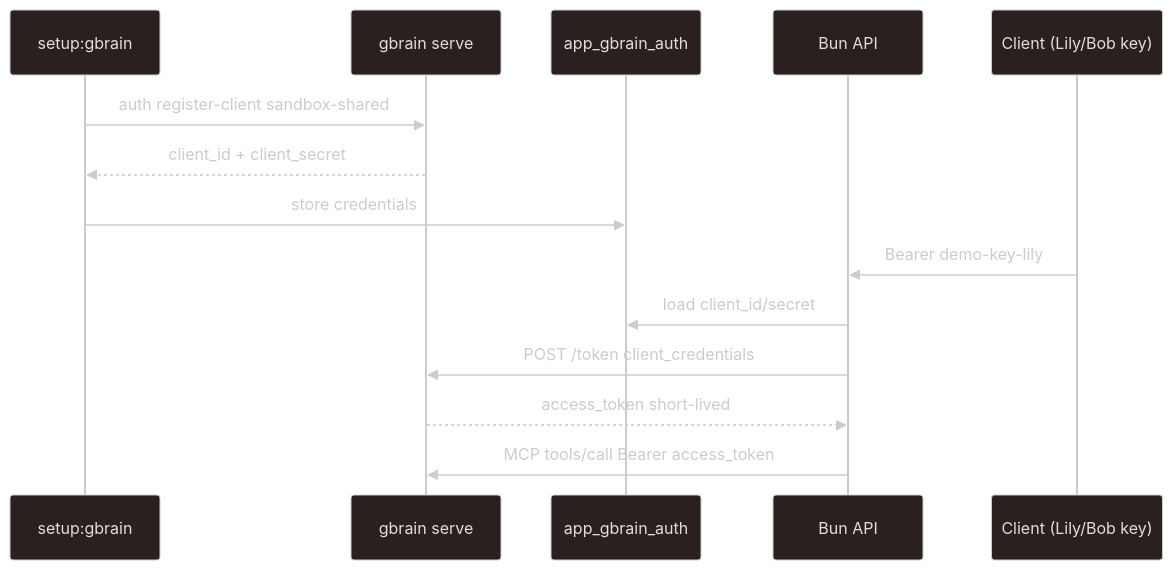
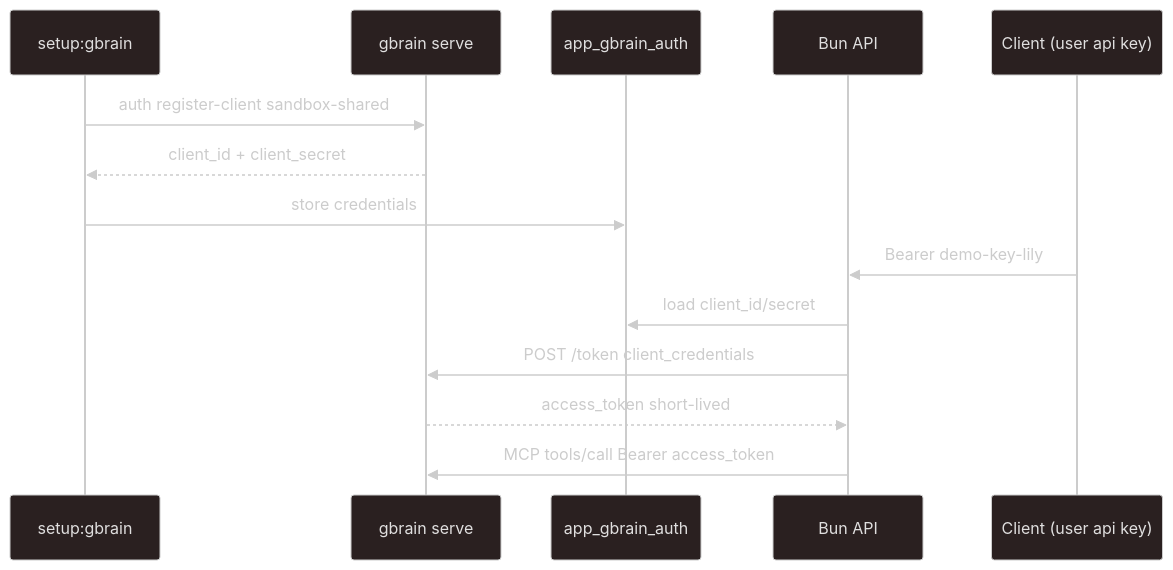
One commit to kyung-lee-official/gbrain-sandbox changed the second of 2 diagrams in README.md. Above: the diagram before and after it, drawn with Mermaid. The commit also changed other lines of this file and 11 other files, not shown here.

Commit message:
Refactor user management: replace demo keys with dynamic user API keys, implement user CRUD operations, and enhance UI for user selection and management.

````diff
--- a/README.md
+++ b/README.md
@@ -179,19 +179,19 @@
 ```mermaid
 %%{init: {'theme': 'neo-dark'}}%%
 sequenceDiagram
   participant Setup as setup:gbrain
   participant Gbrain as gbrain serve
   participant DB as app_gbrain_auth
   participant Bun as Bun API
-  participant User as Client (Lily/Bob key)
+  participant User as Client (user api key)
 
   Setup->>Gbrain: auth register-client sandbox-shared
   Gbrain-->>Setup: client_id + client_secret
   Setup->>DB: store credentials
 
   User->>Bun: Bearer demo-key-lily
   Bun->>DB: load client_id/secret
   Bun->>Gbrain: POST /token client_credentials
   Gbrain-->>Bun: access_token short-lived
   Bun->>Gbrain: MCP tools/call Bearer access_token
 ```
````
